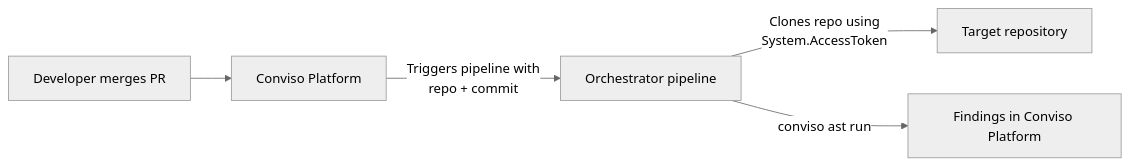
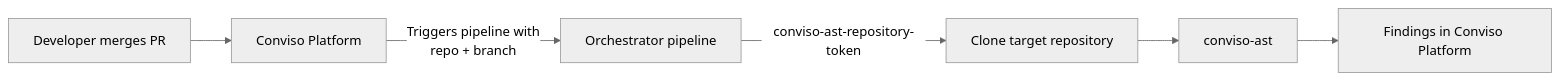
Before and after one commit to convisoappsec/conviso-docs: the diagram in docs/integrations/azure-devops-ast-orchestrator.md, drawn with Mermaid (neutral theme). The commit also changed other lines of this file and 6 other files, not shown here.

````diff
--- a/docs/integrations/azure-devops-ast-orchestrator.md
+++ b/docs/integrations/azure-devops-ast-orchestrator.md
@@ -22,7 +25,8 @@
 ```mermaid
 flowchart LR
     A[Developer merges PR] --> B[Conviso Platform]
-    B -->|Triggers pipeline with<br/>repo + commit| C[Orchestrator pipeline]
-    C -->|Clones repo using<br/>System.AccessToken| D[Target repository]
-    C -->|conviso ast run| E[Findings in Conviso Platform]
+    B -->|Triggers pipeline with<br/>repo + branch| C[Orchestrator pipeline]
+    C -->|conviso-ast-repository-token| D[Clone target repository]
+    D --> E[conviso-ast]
+    E --> F[Findings in Conviso Platform]
 ```
````
